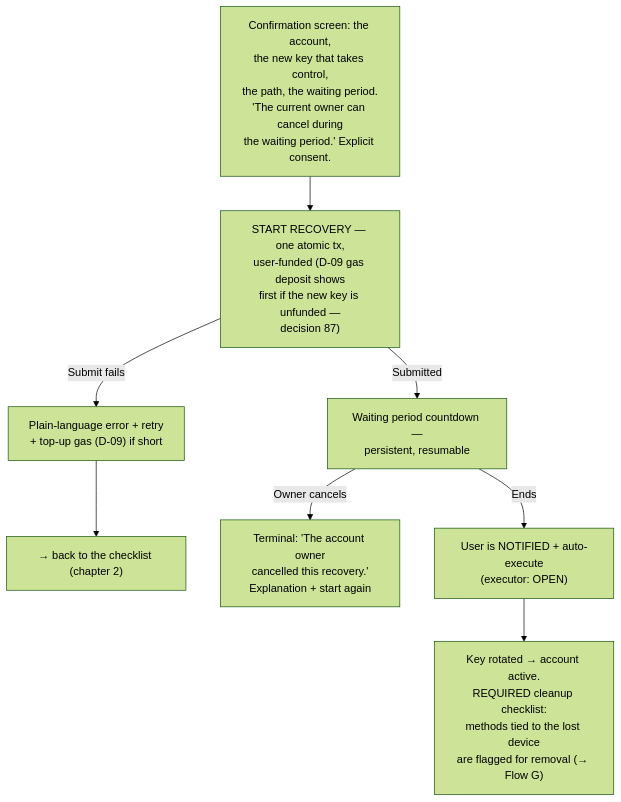
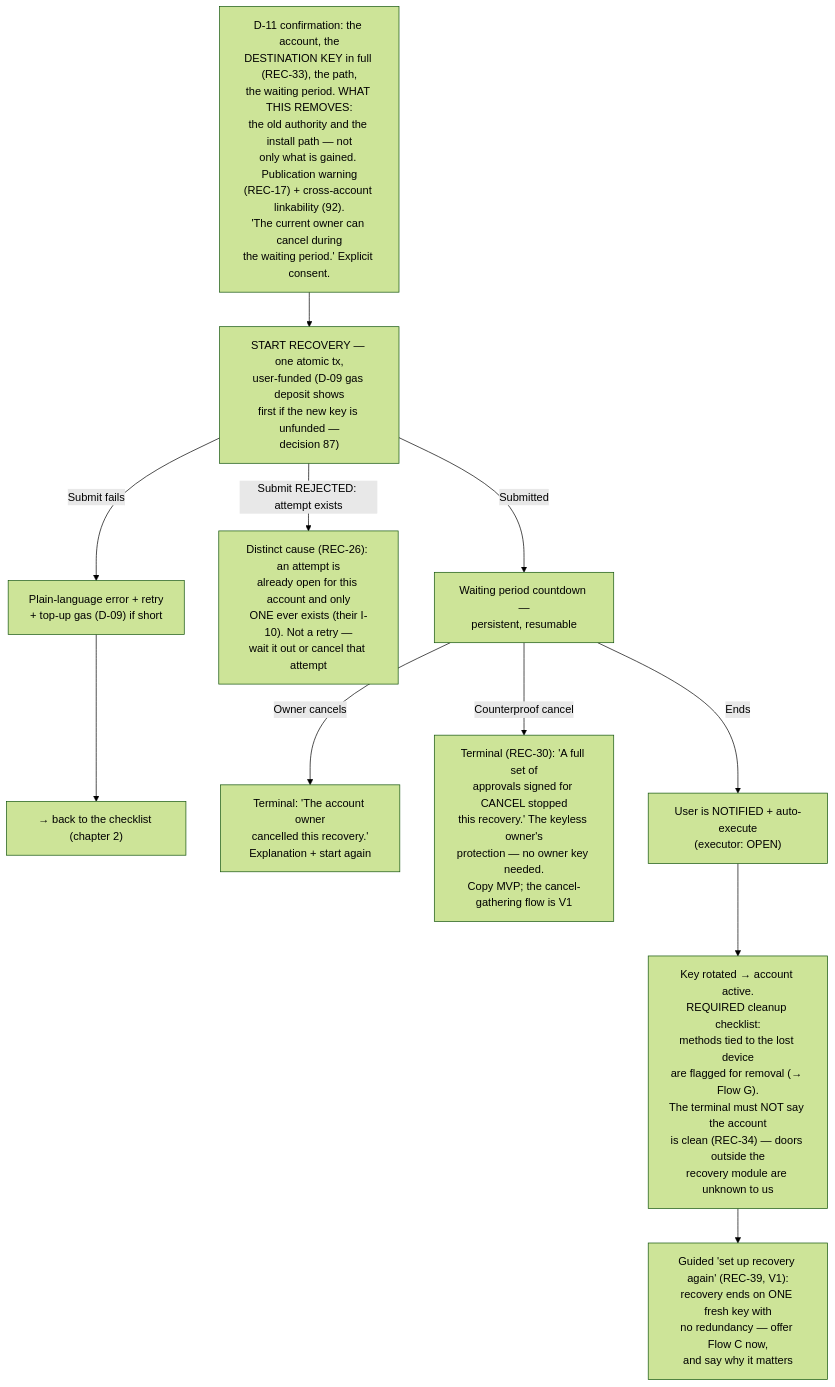
The seventh of 14 diagrams in social-recovery-ux-flows.md (FiboAtWonder/kohaku-extension), drawn with Mermaid (forest theme) before and after one commit. The commit also changed other lines of this file and 5 other files, not shown here.

````diff
--- a/social-recovery-ux-flows.md
+++ b/social-recovery-ux-flows.md
@@ -225,12 +256,15 @@
 ```mermaid
 flowchart TD
-    CF["Confirmation screen: the account,<br/>the new key that takes control,<br/>the path, the waiting period.<br/>'The current owner can cancel during<br/>the waiting period.' Explicit consent."] --> I["START RECOVERY — one atomic tx,<br/>user-funded (D-09 gas deposit shows<br/>first if the new key is unfunded —<br/>decision 87)"]
+    CF["D-11 confirmation: the account, the<br/>DESTINATION KEY in full (REC-33), the path,<br/>the waiting period. WHAT THIS REMOVES:<br/>the old authority and the install path — not<br/>only what is gained. Publication warning<br/>(REC-17) + cross-account linkability (92).<br/>'The current owner can cancel during<br/>the waiting period.' Explicit consent."] --> I["START RECOVERY — one atomic tx,<br/>user-funded (D-09 gas deposit shows<br/>first if the new key is unfunded —<br/>decision 87)"]
     I -->|Submit fails| I2["Plain-language error + retry<br/>+ top-up gas (D-09) if short"]
+    I -->|Submit REJECTED: attempt exists| IR["Distinct cause (REC-26): an attempt is<br/>already open for this account and only<br/>ONE ever exists (their I-10). Not a retry —<br/>wait it out or cancel that attempt"]
     I2 --> BK["→ back to the checklist (chapter 2)"]
     I -->|Submitted| J["Waiting period countdown —<br/>persistent, resumable"]
     J -->|Owner cancels| XC["Terminal: 'The account owner<br/>cancelled this recovery.'<br/>Explanation + start again"]
+    J -->|Counterproof cancel| XP["Terminal (REC-30): 'A full set of<br/>approvals signed for CANCEL stopped<br/>this recovery.' The keyless owner's<br/>protection — no owner key needed.<br/>Copy MVP; the cancel-gathering flow is V1"]
     J -->|Ends| K["User is NOTIFIED + auto-execute<br/>(executor: OPEN)"]
-    K --> L["Key rotated → account active.<br/>REQUIRED cleanup checklist:<br/>methods tied to the lost device<br/>are flagged for removal (→ Flow G)"]
+    K --> L["Key rotated → account active.<br/>REQUIRED cleanup checklist:<br/>methods tied to the lost device<br/>are flagged for removal (→ Flow G).<br/>The terminal must NOT say the account<br/>is clean (REC-34) — doors outside the<br/>recovery module are unknown to us"]
+    L --> RS["Guided 'set up recovery again' (REC-39, V1):<br/>recovery ends on ONE fresh key with<br/>no redundancy — offer Flow C now,<br/>and say why it matters"]
 
     click L href "#flow-g--recovery-path--method-management"
 ```
````
